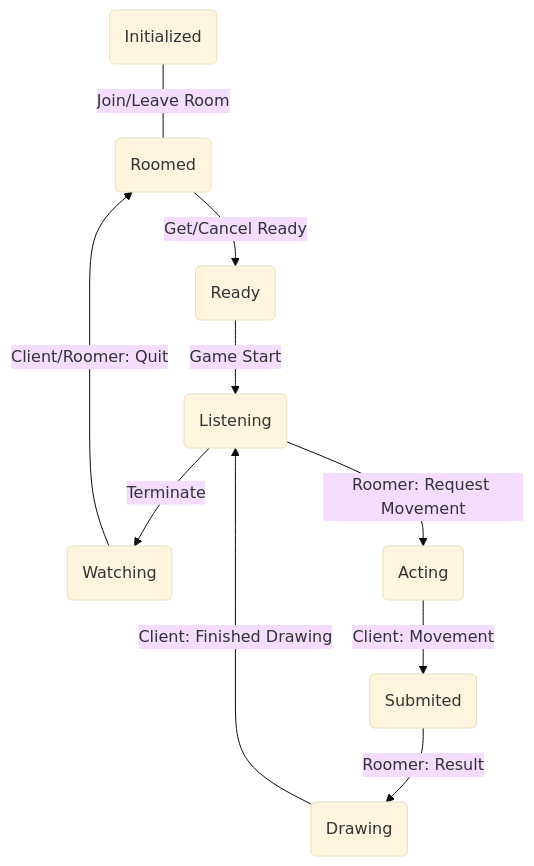
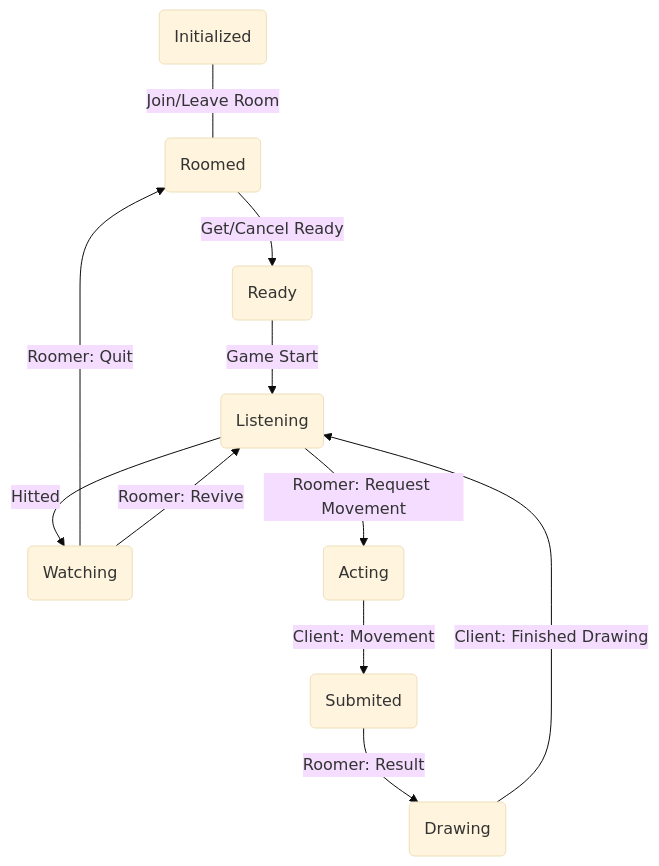
The first of 2 diagrams in README.md (sshwy/clapping-backend), drawn with Mermaid (base theme) before and after one commit. The commit also changed 4 other files, not shown here.

````diff
--- a/README.md
+++ b/README.md
@@ -15,13 +15,14 @@
 ```mermaid
 graph TD
 
 A(Initialized) ---|Join/Leave Room| B(Roomed)
 B -->|Get/Cancel Ready| C(Ready)
 C -->|Game Start| D(Listening)
-D -->|Terminate| F(Watching) 
-F -->|Client/Roomer: Quit| B
+D -->|Hitted| F(Watching) 
+F -->|Roomer: Quit| B
+F -->|Roomer: Revive| D
 D -->|Roomer: Request Movement| G(Acting)
 G -->|Client: Movement| E(Submited)
 E -->|Roomer: Result| H(Drawing)
 H -->|Client: Finished Drawing| D
 ```
````
